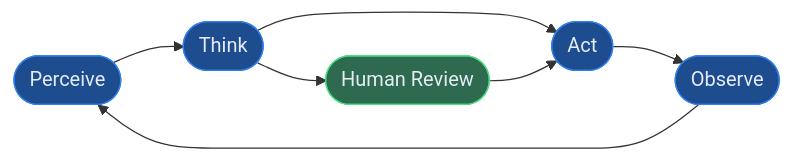
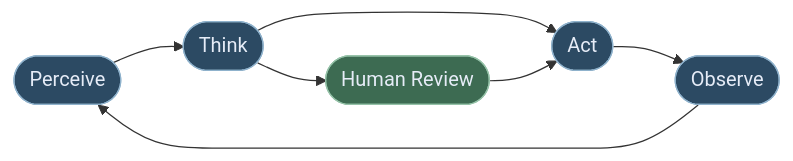
Before and after one commit to lorvexai/lorvexai: the first of 7 diagrams in blog/agentic-ai-design-patterns.md, drawn with Mermaid. The commit also changed other lines of this file and 16 other files, not shown here.

First line of the commit message:
Retune hardcoded Mermaid node colors to match the site palette

````diff
--- a/blog/agentic-ai-design-patterns.md
+++ b/blog/agentic-ai-design-patterns.md
@@ -32,15 +32,15 @@
 ```mermaid
 flowchart LR
     P([Perceive]) --> T([Think])
     T --> A([Act])
     A --> O([Observe])
     O --> P
     T --> H([Human Review])
     H --> A
 
-    style P fill:#1D4C8F,stroke:#2F80ED,color:#E6ECF7
-    style T fill:#1D4C8F,stroke:#2F80ED,color:#E6ECF7
-    style A fill:#1D4C8F,stroke:#2F80ED,color:#E6ECF7
-    style O fill:#1D4C8F,stroke:#2F80ED,color:#E6ECF7
-    style H fill:#2D6A4F,stroke:#4ade80,color:#E6ECF7
+    style P fill:#2C4A63,stroke:#8FB2CC,color:#E6ECF7
+    style T fill:#2C4A63,stroke:#8FB2CC,color:#E6ECF7
+    style A fill:#2C4A63,stroke:#8FB2CC,color:#E6ECF7
+    style O fill:#2C4A63,stroke:#8FB2CC,color:#E6ECF7
+    style H fill:#3D6B52,stroke:#95C2A8,color:#E6ECF7
 ```
````
